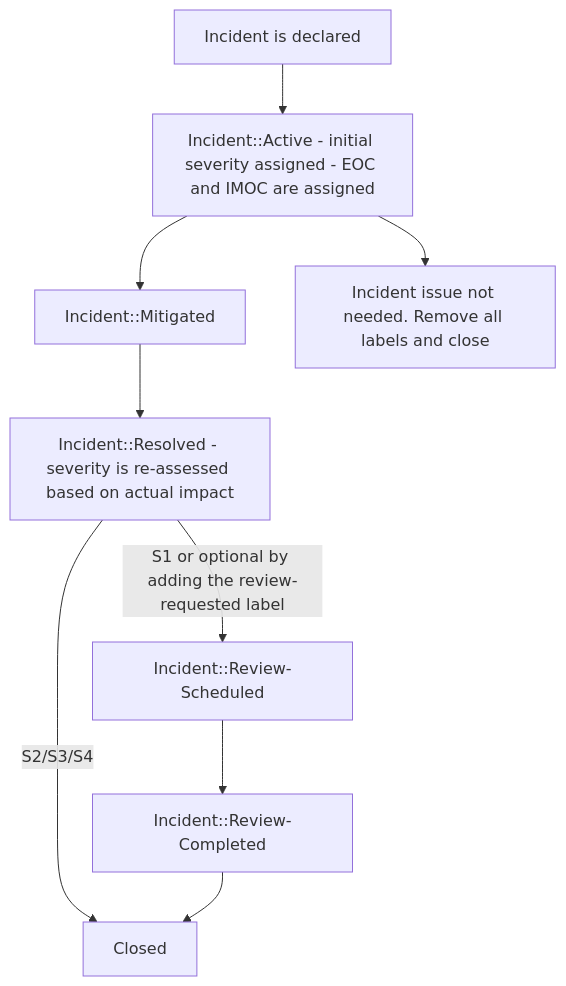
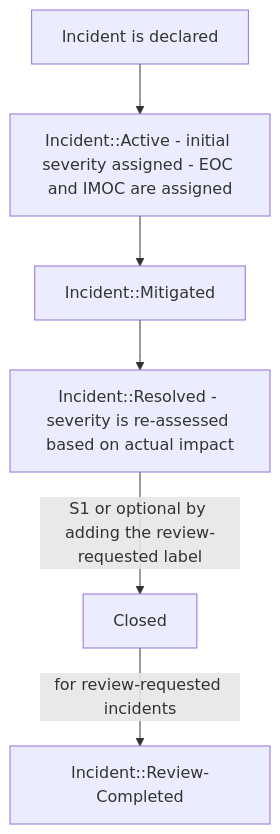
The diagram in infrastructure/incident-management/index.html.md (secretstartups/handbook), drawn with Mermaid before and after one commit. The commit also changed other lines of this file and 1 other file, not shown here.

Commit message:
Simplify incident management workflow

````diff
--- a/infrastructure/incident-management/index.html.md
+++ b/infrastructure/incident-management/index.html.md
@@ -428,11 +427,8 @@
 ``` mermaid
 graph TD
   A[Incident is declared] --> B[Incident::Active - initial severity assigned - EOC and IMOC are assigned]
   B --> C[Incident::Mitigated]
   C --> D[Incident::Resolved - severity is re-assessed based on actual impact]
-  D --> |S1 or optional by adding the review-requested label| F[Incident::Review-Scheduled]
-  D -->|S2/S3/S4| Z[Closed]
-  B --> Y[Incident issue not needed. Remove all labels and close]
-  F --> G[Incident::Review-Completed]
-  G --> Z
+  D --> |S1 or optional by adding the review-requested label| F[Closed]
+  F --> |for review-requested incidents| G[Incident::Review-Completed]
 ```
````
